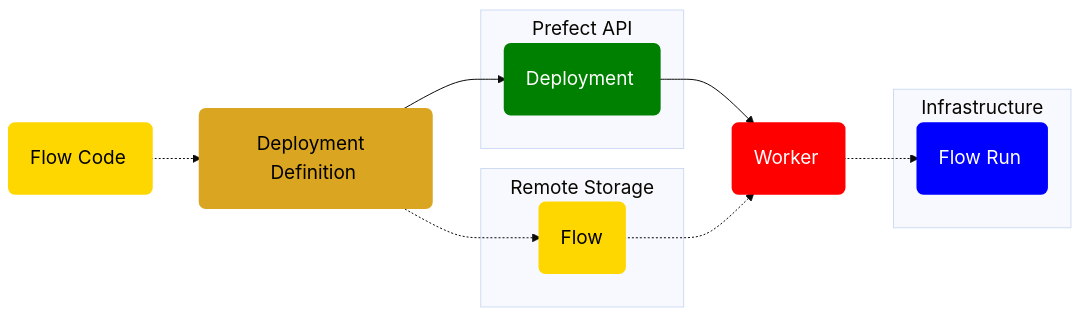
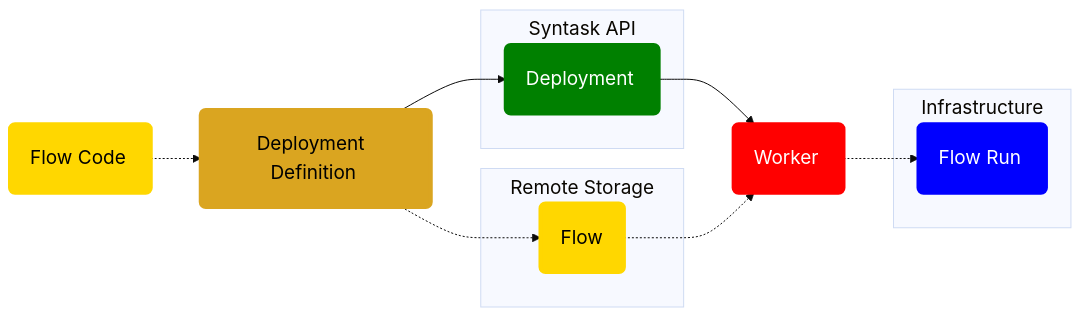
The diagram in docs/3.0/deploy/infrastructure-concepts/work-pools.mdx (khulnasoft-bot/syntask), drawn with Mermaid before and after one commit. The commit also changed other lines of this file and 2959 other files, not shown here.

````diff
--- a/docs/3.0/deploy/infrastructure-concepts/work-pools.mdx
+++ b/docs/3.0/deploy/infrastructure-concepts/work-pools.mdx
@@ -51,36 +51,36 @@
 ```mermaid
 %%{
   init: {
     'theme': 'base',
     'themeVariables': {
       'fontSize': '19px'
     }
   }
 }%%
 
 flowchart LR
     F("<div style='margin: 5px 10px 5px 5px;'>Flow Code</div>"):::yellow -.-> A("<div style='margin: 5px 10px 5px 5px;'>Deployment Definition</div>"):::gold
-    subgraph Server ["<div style='width: 150px; text-align: center; margin-top: 5px;'>Prefect API</div>"]
+    subgraph Server ["<div style='width: 150px; text-align: center; margin-top: 5px;'>Syntask API</div>"]
         D("<div style='margin: 5px 10px 5px 5px;'>Deployment</div>"):::green
     end
     subgraph Remote Storage ["<div style='width: 160px; text-align: center; margin-top: 5px;'>Remote Storage</div>"]
         B("<div style='margin: 5px 6px 5px 5px;'>Flow</div>"):::yellow
     end
     subgraph Infrastructure ["<div style='width: 150px; text-align: center; margin-top: 5px;'>Infrastructure</div>"]
         G("<div style='margin: 5px 10px 5px 5px;'>Flow Run</div>"):::blue
     end
 
     A --> D
     D --> E("<div style='margin: 5px 10px 5px 5px;'>Worker</div>"):::red
     B -.-> E
     A -.-> B
     E -.-> G
 
     classDef gold fill:goldenrod,stroke:goldenrod,stroke-width:4px,color:black
     classDef yellow fill:gold,stroke:gold,stroke-width:4px,color:black
     classDef gray fill:lightgray,stroke:lightgray,stroke-width:4px
     classDef blue fill:blue,stroke:blue,stroke-width:4px,color:white
     classDef green fill:green,stroke:green,stroke-width:4px,color:white
     classDef red fill:red,stroke:red,stroke-width:4px,color:white
     classDef dkgray fill:darkgray,stroke:darkgray,stroke-width:4px,color:white
 ```
````
